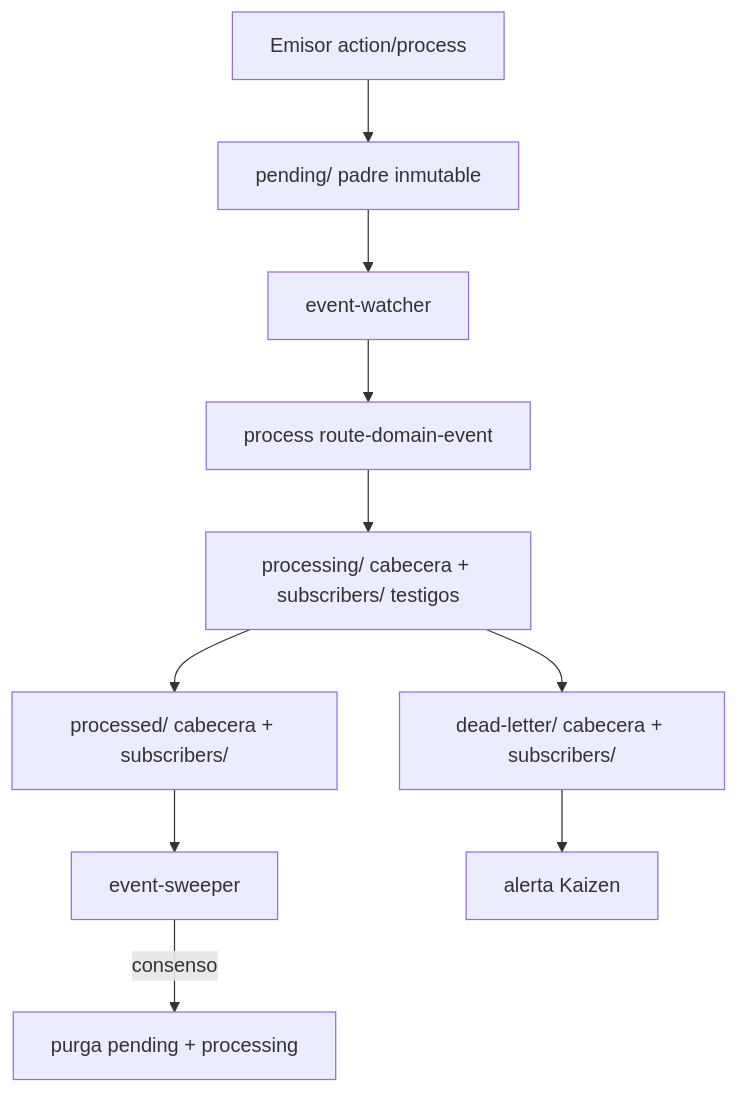
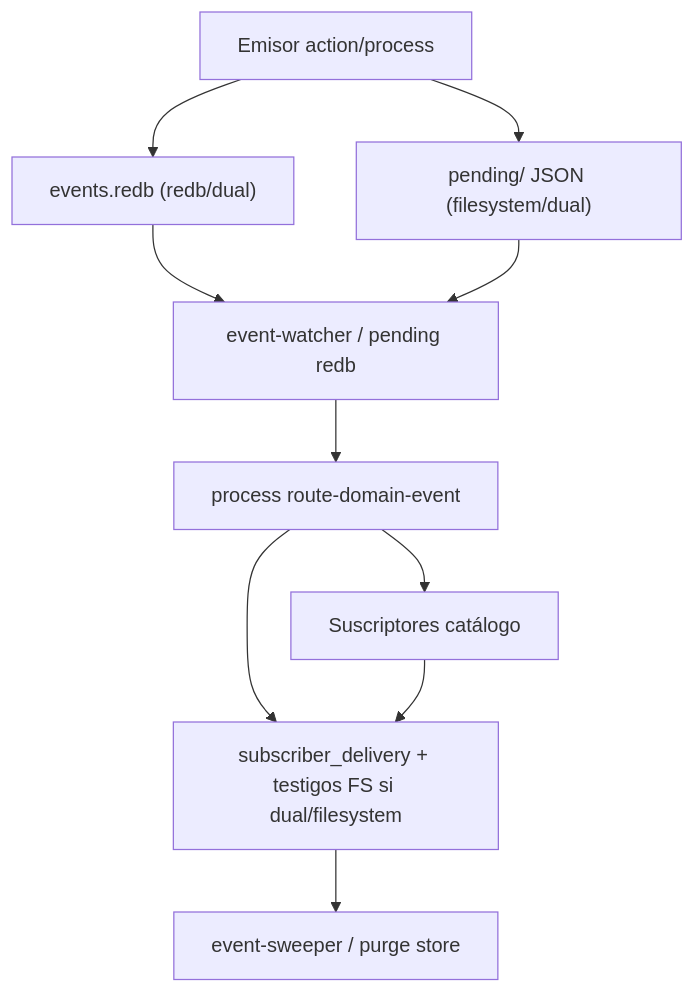
The diagram in SddIA/events/events-contract.md (racso80es/SddIA), drawn with Mermaid before and after one commit. The commit also changed other lines of this file and 11 other files, not shown here.

First line of the commit message:
fix(AUT-45): alinear events-contract al bus redb e idempotencia store

````diff
--- a/SddIA/events/events-contract.md
+++ b/SddIA/events/events-contract.md
@@ -78,12 +84,12 @@
 ```mermaid
 flowchart TB
-  EM[Emisor action/process] --> P["pending/ padre inmutable"]
-  P --> W[event-watcher]
+  EM[Emisor action/process] --> STORE["events.redb (redb/dual)"]
+  EM --> P["pending/ JSON (filesystem/dual)"]
+  STORE --> W[event-watcher / pending redb]
+  P --> W
   W --> RDE[process route-domain-event]
-  RDE --> PH["processing/ cabecera + subscribers/ testigos"]
-  PH --> OK["processed/ cabecera + subscribers/"]
-  PH --> DL["dead-letter/ cabecera + subscribers/"]
-  OK --> SW[event-sweeper]
-  SW -->|consenso| PURGE[purga pending + processing]
-  DL --> KZ[alerta Kaizen]
+  RDE --> DEL["subscriber_delivery + testigos FS si dual/filesystem"]
+  RDE --> SUB[Suscriptores catálogo]
+  SUB --> DEL
+  DEL --> SW[event-sweeper / purge store]
 ```
````
